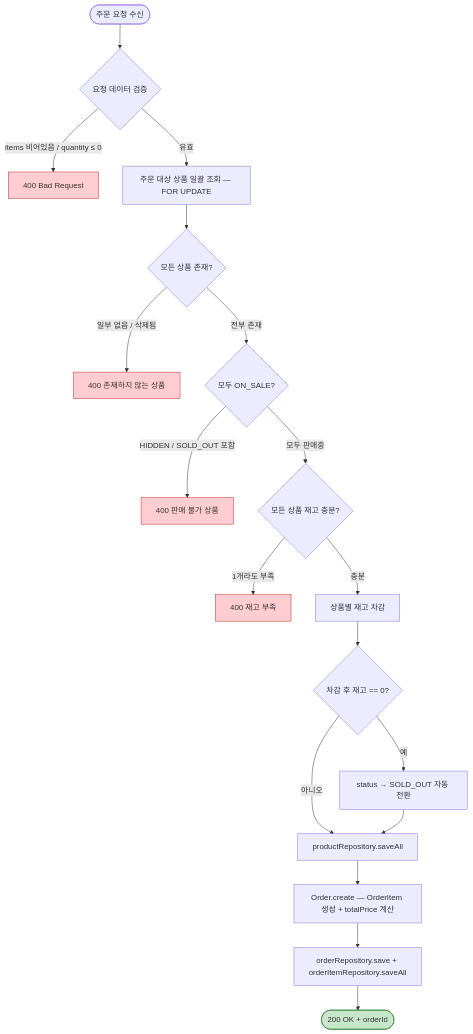
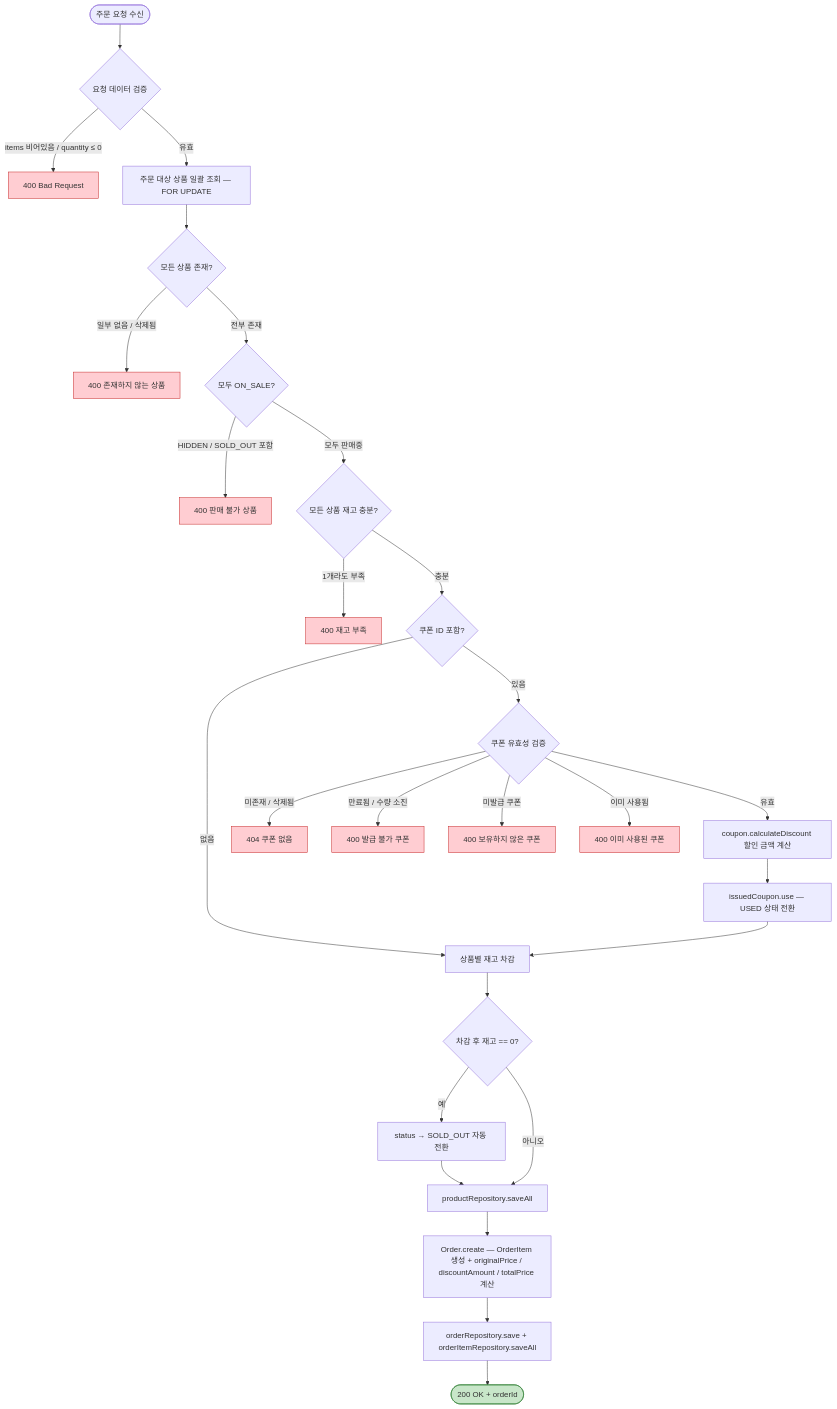
One commit to Loopers-dev-lab/loop-pack-be-l2-vol3-kotlin changed the second of 6 diagrams in docs/design/05-flowcharts.md. Above: the diagram before and after it, drawn with Mermaid. The commit also changed other lines of this file and 7 other files, not shown here.

````diff
--- a/docs/design/05-flowcharts.md
+++ b/docs/design/05-flowcharts.md
@@ -55,27 +57,36 @@
 ```mermaid
 flowchart TB
     Start([주문 요청 수신]) --> Validate{요청 데이터 검증}
     Validate -->|items 비어있음 / quantity ≤ 0| Err400[400 Bad Request]:::error
 
     Validate -->|유효| FetchProducts[주문 대상 상품 일괄 조회 — FOR UPDATE]
     FetchProducts --> CheckExist{모든 상품 존재?}
     CheckExist -->|일부 없음 / 삭제됨| Err400_2[400 존재하지 않는 상품]:::error
 
     CheckExist -->|전부 존재| CheckStatus{모두 ON_SALE?}
     CheckStatus -->|HIDDEN / SOLD_OUT 포함| Err400_3[400 판매 불가 상품]:::error
 
     CheckStatus -->|모두 판매중| CheckStock{모든 상품 재고 충분?}
     CheckStock -->|1개라도 부족| Err400_4[400 재고 부족]:::error
 
-    CheckStock -->|충분| Deduct[상품별 재고 차감]
-    Deduct --> AutoStatus{차감 후 재고 == 0?}
+    CheckStock -->|충분| CheckCoupon{쿠폰 ID 포함?}
+    CheckCoupon -->|없음| Deduct
+    CheckCoupon -->|있음| ValidateCoupon{쿠폰 유효성 검증}
+    ValidateCoupon -->|미존재 / 삭제됨| Err404_coupon[404 쿠폰 없음]:::error
+    ValidateCoupon -->|만료됨 / 수량 소진| Err400_coupon[400 발급 불가 쿠폰]:::error
+    ValidateCoupon -->|미발급 쿠폰| Err400_notissued[400 보유하지 않은 쿠폰]:::error
+    ValidateCoupon -->|이미 사용됨| Err400_used[400 이미 사용된 쿠폰]:::error
+    ValidateCoupon -->|유효| CalcDiscount[coupon.calculateDiscount 할인 금액 계산]
+    CalcDiscount --> MarkUsed[issuedCoupon.use — USED 상태 전환]
+    MarkUsed --> Deduct
+    Deduct[상품별 재고 차감] --> AutoStatus{차감 후 재고 == 0?}
     AutoStatus -->|예| StatusChange[status → SOLD_OUT 자동 전환]
     AutoStatus -->|아니오| SaveProducts
     StatusChange --> SaveProducts[productRepository.saveAll]
-    SaveProducts --> CreateOrder[Order.create — OrderItem 생성 + totalPrice 계산]
+    SaveProducts --> CreateOrder[Order.create — OrderItem 생성 + originalPrice / discountAmount / totalPrice 계산]
     CreateOrder --> SaveOrder[orderRepository.save + orderItemRepository.saveAll]
     SaveOrder --> Response([200 OK + orderId]):::success
 
     classDef error fill:#ffcdd2,stroke:#c62828
     classDef success fill:#c8e6c9,stroke:#2e7d32
 ```
````
